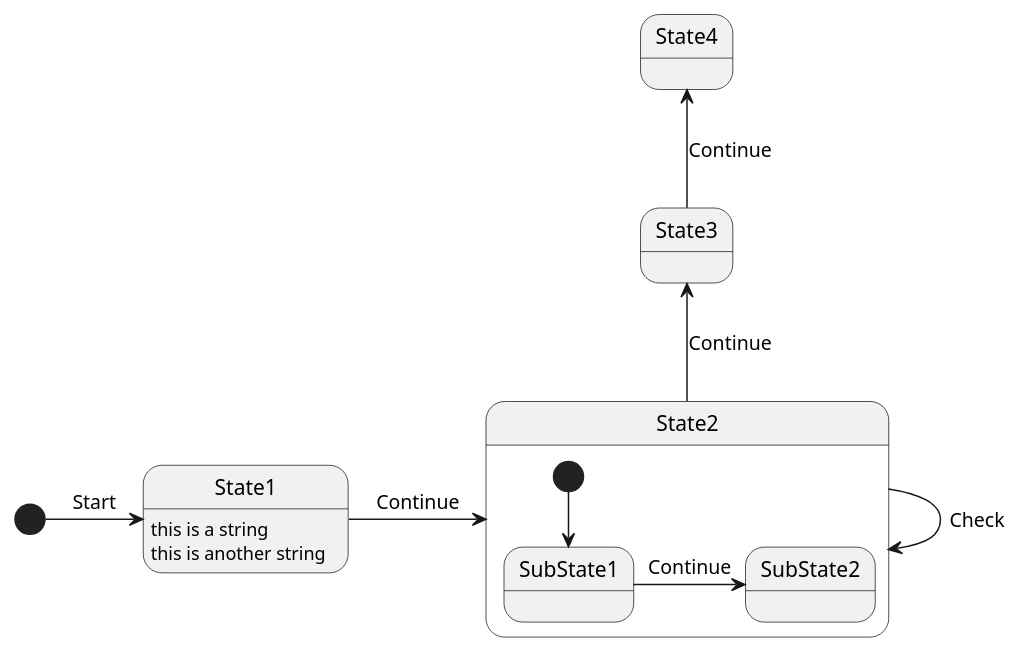
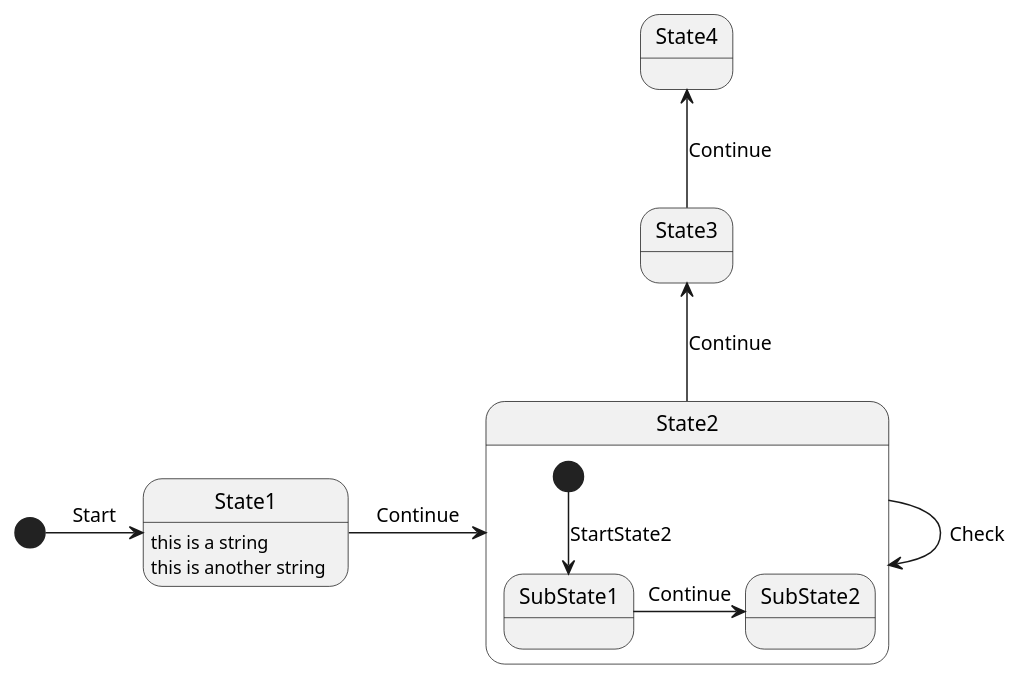
Before and after one commit to vrenken/EtAlii.Generators: the diagram in Source/EtAlii.Generators.Stateless.Tests/MyNestedStateMachine2.puml, drawn with PlantUML. The commit also changed 10 other files, not shown here.

```diff
--- a/Source/EtAlii.Generators.Stateless.Tests/MyNestedStateMachine2.puml
+++ b/Source/EtAlii.Generators.Stateless.Tests/MyNestedStateMachine2.puml
@@ -1,18 +1,18 @@
 @startuml
 'stateless namespace EtAlii.Generators.Stateless.Tests
 'stateless class MyNestedStateMachine2Base
 'stateless generate partial
 'stateless using System.Text
 
 [*] -> State1 << (string name) >> : Start
 State1 : this is a string
 State1 : this is another string
 State1 -> State2 : Continue
 state State2 {
-    [*] --> SubState1
+    [*] --> SubState1 : StartState2
     State2 -> State2 << (string name) >> : Check
     SubState1 -> SubState2 : Continue
 }
 State2 -up-> State3 : Continue
 State3 -up-> State4 << async >> : Continue
 @enduml
```
